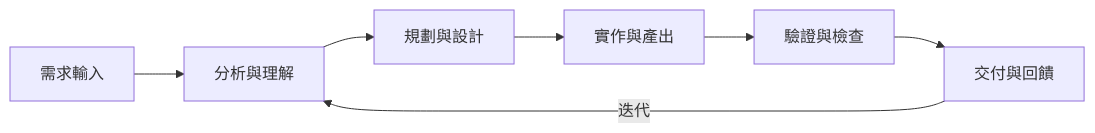
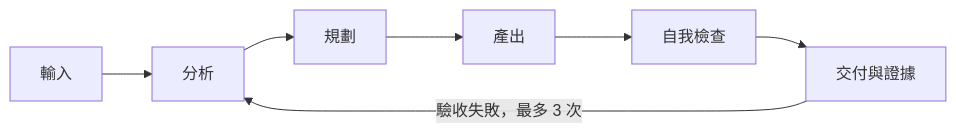
One commit to chihhung/Blog changed the sixth of 15 diagrams in content/posts/教學/AI開發/agency-agents教學手冊.md. Above: the diagram before and after it, drawn with Mermaid. The commit also changed other lines of this file and 1 other file, not shown here.

````diff
--- a/content/posts/教學/AI開發/agency-agents教學手冊.md
+++ b/content/posts/教學/AI開發/agency-agents教學手冊.md
@@ -821,9 +1244,9 @@
 ```mermaid
 graph LR
-    A[需求輸入] --> B[分析與理解]
-    B --> C[規劃與設計]
-    C --> D[實作與產出]
-    D --> E[驗證與檢查]
-    E --> F[交付與回饋]
-    F -->|迭代| B
+    A[輸入] --> B[分析]
+    B --> C[規劃]
+    C --> D[產出]
+    D --> E[自我檢查]
+    E --> F[交付與證據]
+    F -->|驗收失敗，最多 3 次| B
 ```
````
